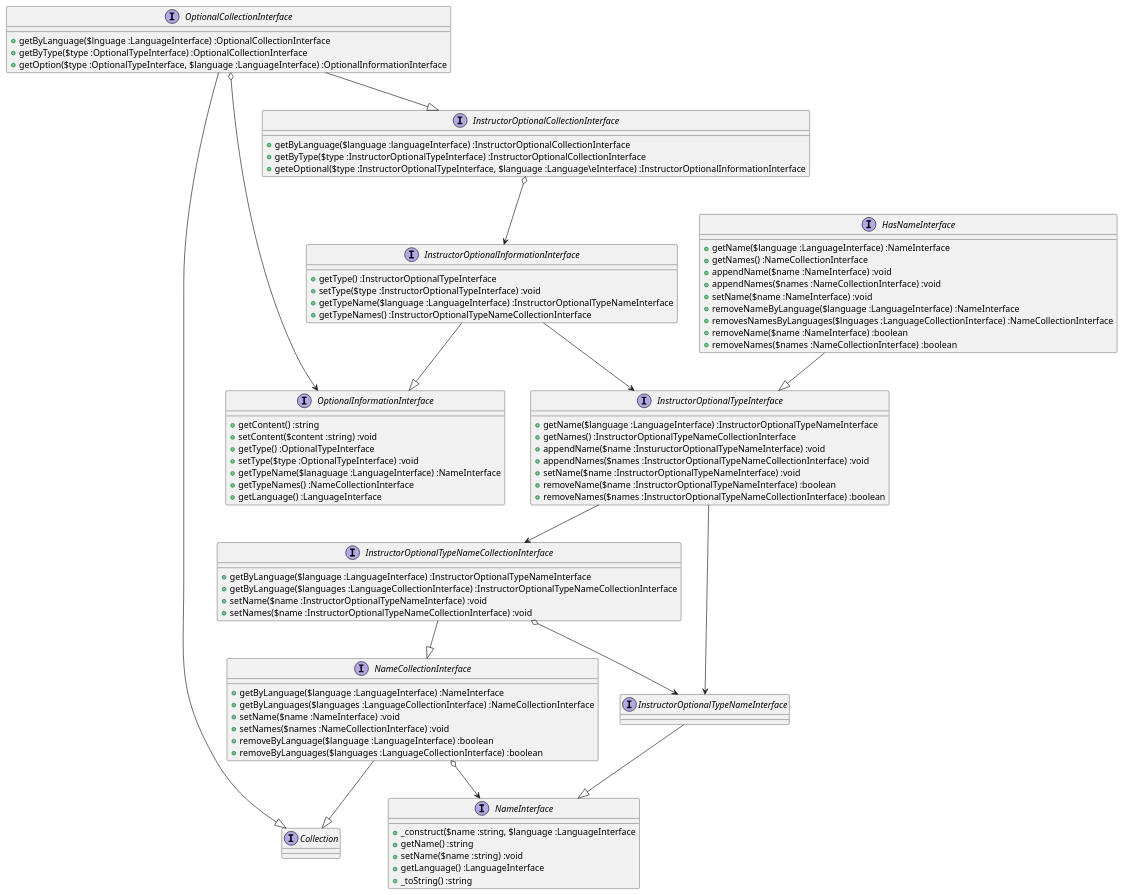
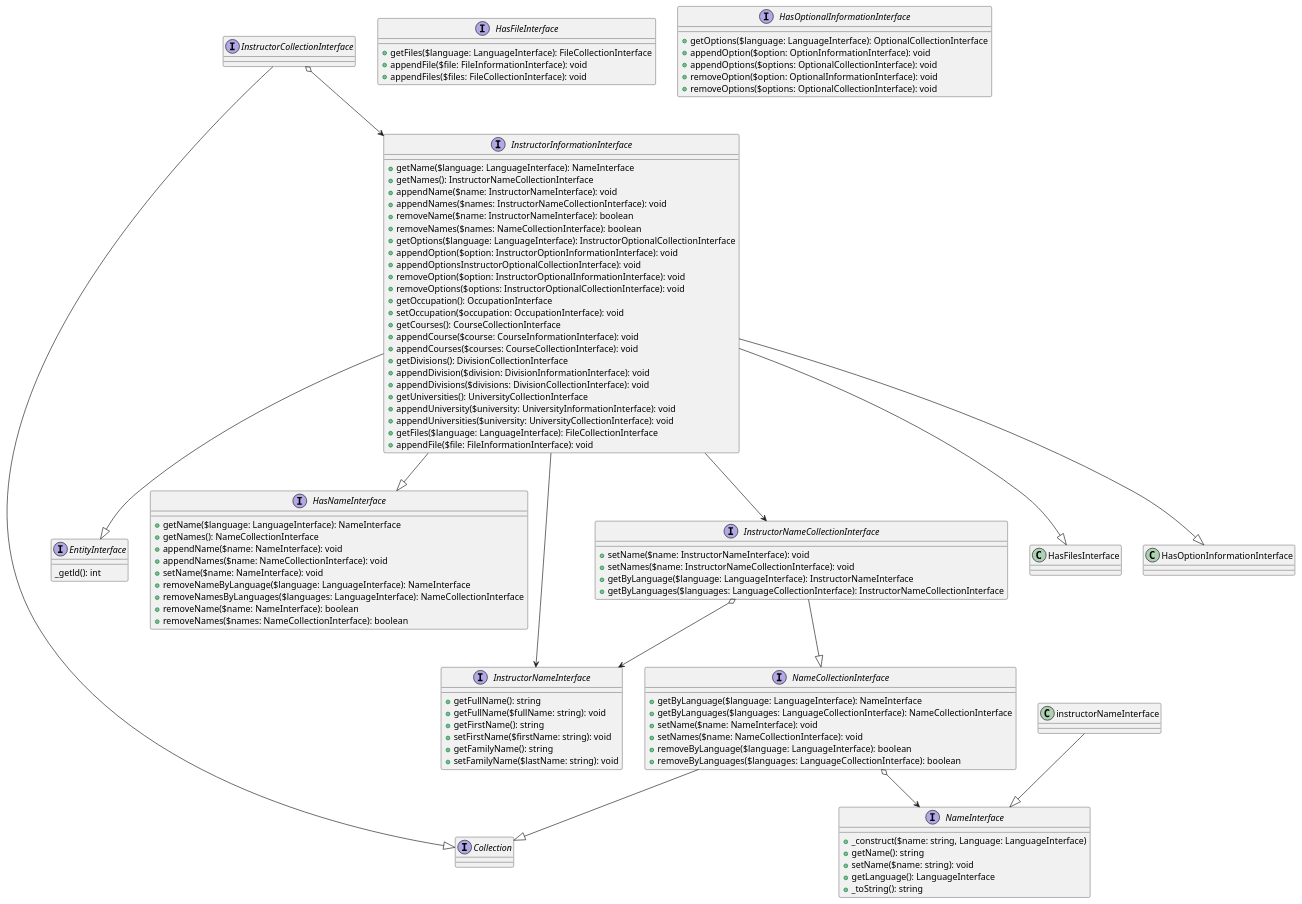
One commit to NUOCW/ocw-cms changed the diagram in doc/diagram/NUOCW/CoreBundle/Entitiy/Instructor/InstructorInformationInterface.puml. Above: the diagram before and after it, drawn with PlantUML. The commit also changed 1 other file, not shown here.

Commit message:
InstructorInformationのUML図のPlantUML化

```diff
--- a/doc/diagram/NUOCW/CoreBundle/Entitiy/Instructor/InstructorInformationInterface.puml
+++ b/doc/diagram/NUOCW/CoreBundle/Entitiy/Instructor/InstructorInformationInterface.puml
@@ -1,112 +1,124 @@
 @startuml
 
+interface InstructorCollectionInterface
 
 interface Collection
 
-interface InstructorOptionalTypeNameInterface
-
-interface InstructorOptionalCollectionInterface {
-    +getByLanguage($language :languageInterface) :InstructorOptionalCollectionInterface
-    +getByType($type :InstructorOptionalTypeInterface) :InstructorOptionalCollectionInterface
-    +geteOptional($type :InstructorOptionalTypeInterface, $language :Language\eInterface) :InstructorOptionalInformationInterface
+interface EntityInterface {
+    _getld(): int
 }
 
-interface OptionalCollectionInterface {
-    +getByLanguage($lnguage :LanguageInterface) :OptionalCollectionInterface
-    +getByType($type :OptionalTypeInterface) :OptionalCollectionInterface
-    +getOption($type :OptionalTypeInterface, $language :LanguageInterface) :OptionalInformationInterface
-}
-
-interface OptionalInformationInterface {
-    +getContent() :string
-    +setContent($content :string) :void
-    +getType() :OptionalTypeInterface
-    +setType($type :OptionalTypeInterface) :void
-    +getTypeName($lanaguage :LanguageInterface) :NameInterface
-    +getTypeNames() :NameCollectionInterface
-    +getLanguage() :LanguageInterface
-}
-
-interface InstructorOptionalInformationInterface {
-    +getType() :InstructorOptionalTypeInterface
-    +setType($type :InstructorOptionalTypeInterface) :void
-    +getTypeName($language :LanguageInterface) :InstructorOptionalTypeNameInterface
-    +getTypeNames() :InstructorOptionalTypeNameCollectionInterface
-}
-
-interface InstructorOptionalTypeInterface {
-    +getName($language :LanguageInterface) :InstructorOptionalTypeNameInterface
-    +getNames() :InstructorOptionalTypeNameCollectionInterface
-    +appendName($name :InstuructorOptionalTypeNameInterface) :void
-    +appendNames($names :InstructorOptionalTypeNameCollectionInterface) :void
-    +setName($name :InstructorOptionalTypeNameInterface) :void
-    +removeName($name :InstructorOptionalTypeNameInterface) :boolean
-    +removeNames($names :InstructorOptionalTypeNameCollectionInterface) :boolean
+interface HasFileInterface {
+    +getFiles($language: LanguageInterface): FileCollectionInterface
+    +appendFile($file: FileInformationInterface): void
+    +appendFiles($files: FileCollectionInterface): void
 }
 
 interface HasNameInterface {
-    +getName($language :LanguageInterface) :NameInterface
-    +getNames() :NameCollectionInterface
-    +appendName($name :NameInterface) :void
-    +appendNames($names :NameCollectionInterface) :void
-    +setName($name :NameInterface) :void
-    +removeNameByLanguage($language :LanguageInterface) :NameInterface
-    +removesNamesByLanguages($lnguages :LanguageCollectionInterface) :NameCollectionInterface
-    +removeName($name :NameInterface) :boolean
-    +removeNames($names :NameCollectionInterface) :boolean
+    +getName($language: LanguageInterface): NameInterface
+    +getNames(): NameCollectionInterface
+    +appendName($name: NameInterface): void
+    +appendNames($name: NameCollectionInterface): void
+    +setName($name: NameInterface): void
+    +removeNameByLanguage($language: LanguageInterface): NameInterface
+    +removeNamesByLanguages($languages: LanguageInterface): NameCollectionInterface
+    +removeName($name: NameInterface): boolean
+    +removeNames($names: NameCollectionInterface): boolean
 }
 
-interface InstructorOptionalTypeNameCollectionInterface {
-    +getByLanguage($language :LanguageInterface) :InstructorOptionalTypeNameInterface
-    +getByLanguage($languages :LanguageCollectionInterface) :InstructorOptionalTypeNameCollectionInterface
-    +setName($name :InstructorOptionalTypeNameInterface) :void
-    +setNames($name :InstructorOptionalTypeNameCollectionInterface) :void
+interface HasOptionalInformationInterface {
+    +getOptions($language: LanguageInterface): OptionalCollectionInterface
+    +appendOption($option: OptionInformationInterface): void
+    +appendOptions($options: OptionalCollectionInterface): void
+    +removeOption($option: OptionalInformationInterface): void
+    +removeOptions($options: OptionalCollectionInterface): void
+}
+
+interface InstructorNameInterface {
+    +getFullName(): string
+    +getFullName($fullName: string): void
+    +getFirstName(): string
+    +setFirstName($firstName: string): void
+    +getFamilyName(): string
+    +setFamilyName($lastName: string): void
+}
+
+interface InstructorNameCollectionInterface {
+    +setName($name: InstructorNameInterface): void
+    +setNames($name: InstructorNameCollectionInterface): void
+    +getByLanguage($language: LanguageInterface): InstructorNameInterface
+    +getByLanguages($languages: LanguageCollectionInterface): InstructorNameCollectionInterface
+}
+
+interface NameInterface {
+    +_construct($name: string, Language: LanguageInterface)
+    +getName(): string
+    +setName($name: string): void
+    +getLanguage(): LanguageInterface
+    +_toString(): string
 }
 
 interface NameCollectionInterface {
-    +getByLanguage($language :LanguageInterface) :NameInterface
-    +getByLanguages($languages :LanguageCollectionInterface) :NameCollectionInterface
-    +setName($name :NameInterface) :void
-    +setNames($names :NameCollectionInterface) :void
-    +removeByLanguage($language :LanguageInterface) :boolean
-    +removeByLanguages($languages :LanguageCollectionInterface) :boolean
+    +getByLanguage($language: LanguageInterface): NameInterface
+    +getByLanguages($languages: LanguageCollectionInterface): NameCollectionInterface
+    +setName($name: NameInterface): void
+    +setNames($name: NameCollectionInterface): void
+    +removeByLanguage($language: LanguageInterface): boolean
+    +removeByLanguages($languages: LanguageCollectionInterface): boolean
 }
 
-interface NameInterface {
-    +_construct($name :string, $language :LanguageInterface
-    +getName() :string
-    +setName($name :string) :void
-    +getLanguage() :LanguageInterface
-    +_toString() :string
+interface InstructorInformationInterface {
+    +getName($language: LanguageInterface): NameInterface
+    +getNames(): InstructorNameCollectionInterface
+    +appendName($name: InstructorNameInterface): void
+    +appendNames($names: InstructorNameCollectionInterface): void
+    +removeName($name: InstructorNameInterface): boolean
+    +removeNames($names: NameCollectionInterface): boolean
+    +getOptions($language: LanguageInterface): InstructorOptionalCollectionInterface
+    +appendOption($option: InstructorOptionInformationInterface): void
+    +appendOptionsInstructorOptionalCollectionInterface): void
+    +removeOption($option: InstructorOptionalInformationInterface): void
+    +removeOptions($options: InstructorOptionalCollectionInterface): void
+    +getOccupation(): OccupationInterface
+    +setOccupation($occupation: OccupationInterface): void
+    +getCourses(): CourseCollectionInterface
+    +appendCourse($course: CourseInformationInterface): void
+    +appendCourses($courses: CourseCollectionInterface): void
+    +getDivisions(): DivisionCollectionInterface
+    +appendDivision($division: DivisionInformationInterface): void
+    +appendDivisions($divisions: DivisionCollectionInterface): void
+    +getUniversities(): UniversityCollectionInterface
+    +appendUniversity($university: UniversityInformationInterface): void
+    +appendUniversities($university: UniversityCollectionInterface): void
+    +getFiles($language: LanguageInterface): FileCollectionInterface
+    +appendFile($file: FileInformationInterface): void
 }
 
-OptionalCollectionInterface o--> OptionalInformationInterface
+InstructorCollectionInterface --|> Collection
 
-OptionalCollectionInterface --|> Collection
+InstructorCollectionInterface o--> InstructorInformationInterface
 
-OptionalCollectionInterface --|> InstructorOptionalCollectionInterface
+InstructorInformationInterface --|> EntityInterface
 
-InstructorOptionalCollectionInterface o--> InstructorOptionalInformationInterface
+InstructorInformationInterface --|> HasFilesInterface
 
-InstructorOptionalInformationInterface -->InstructorOptionalTypeInterface
+InstructorInformationInterface --|> HasNameInterface
 
-InstructorOptionalInformationInterface --|> OptionalInformationInterface
+InstructorInformationInterface --|> HasOptionInformationInterface
 
-HasNameInterface --|> InstructorOptionalTypeInterface
+InstructorInformationInterface --> InstructorNameInterface
 
-InstructorOptionalTypeInterface --> InstructorOptionalTypeNameInterface
+InstructorInformationInterface --> InstructorNameCollectionInterface
 
-InstructorOptionalTypeInterface --> InstructorOptionalTypeNameCollectionInterface
+instructorNameInterface --|> NameInterface
 
-InstructorOptionalTypeNameInterface --|> NameInterface
+InstructorNameCollectionInterface o--> InstructorNameInterface
 
-InstructorOptionalTypeNameCollectionInterface o--> InstructorOptionalTypeNameInterface
-
-InstructorOptionalTypeNameCollectionInterface --|> NameCollectionInterface
+InstructorNameCollectionInterface --|> NameCollectionInterface
 
 NameCollectionInterface o--> NameInterface
 
 NameCollectionInterface --|> Collection
 
 
 @enduml
```
